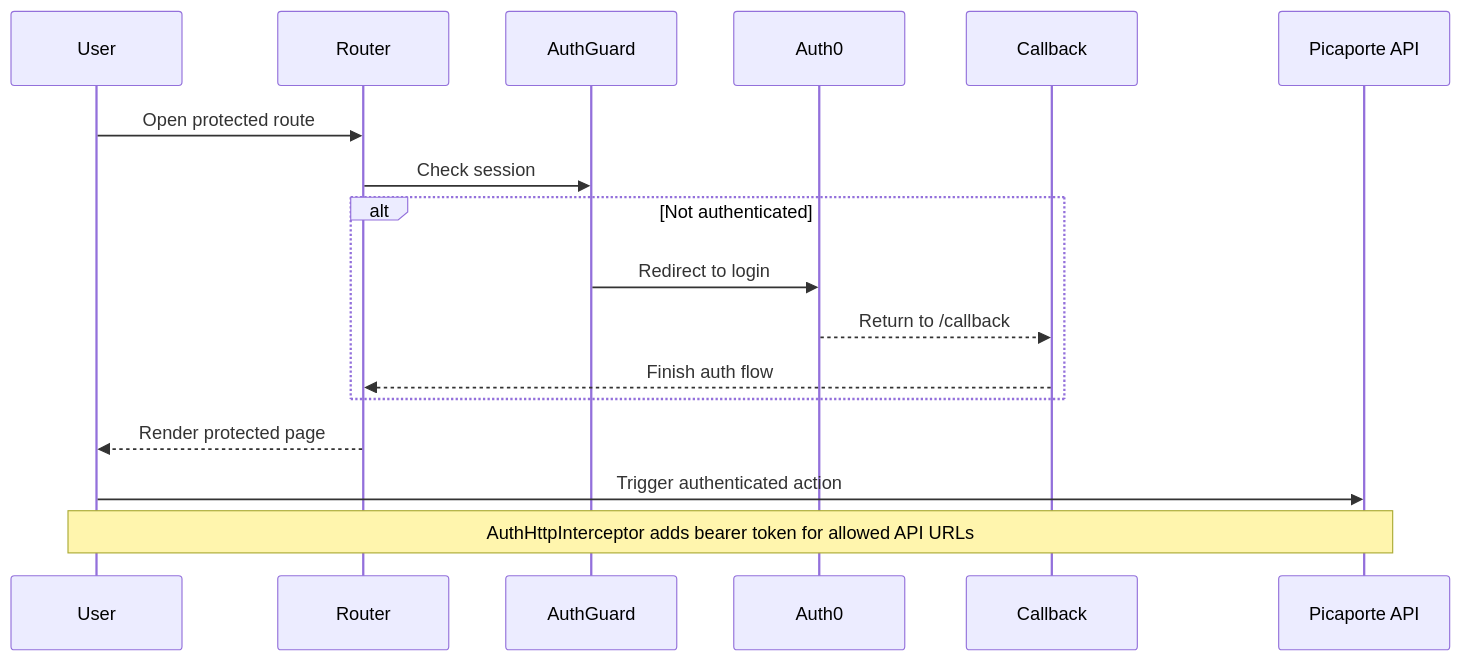
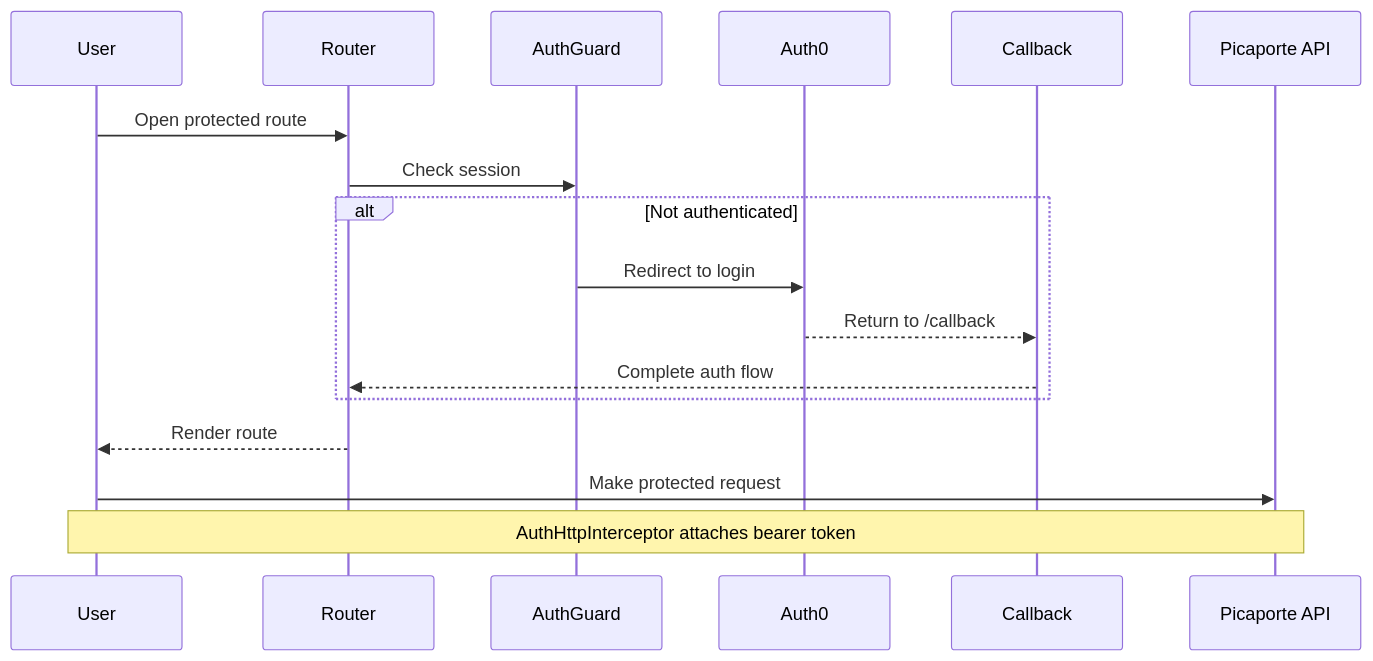
The third of 4 diagrams in README.md (Goncalo-Correia/picaporte-backoffice-frontend), drawn with Mermaid before and after one commit. The commit also changed other lines of this file and 2 other files, not shown here.

````diff
--- a/README.md
+++ b/README.md
@@ -123,20 +174,20 @@
 ```mermaid
 sequenceDiagram
-    participant U as User
-    participant R as Router
-    participant G as AuthGuard
-    participant A as Auth0
-    participant C as Callback
+    participant User
+    participant Router
+    participant Guard as AuthGuard
+    participant Auth0
+    participant Callback
     participant API as Picaporte API
 
-    U->>R: Open protected route
-    R->>G: Check session
+    User->>Router: Open protected route
+    Router->>Guard: Check session
     alt Not authenticated
-        G->>A: Redirect to login
-        A-->>C: Return to /callback
-        C-->>R: Finish auth flow
+        Guard->>Auth0: Redirect to login
+        Auth0-->>Callback: Return to /callback
+        Callback-->>Router: Complete auth flow
     end
-    R-->>U: Render protected page
-    U->>API: Trigger authenticated action
-    Note over U,API: AuthHttpInterceptor adds bearer token for allowed API URLs
+    Router-->>User: Render route
+    User->>API: Make protected request
+    Note over User,API: AuthHttpInterceptor attaches bearer token
 ```
````
